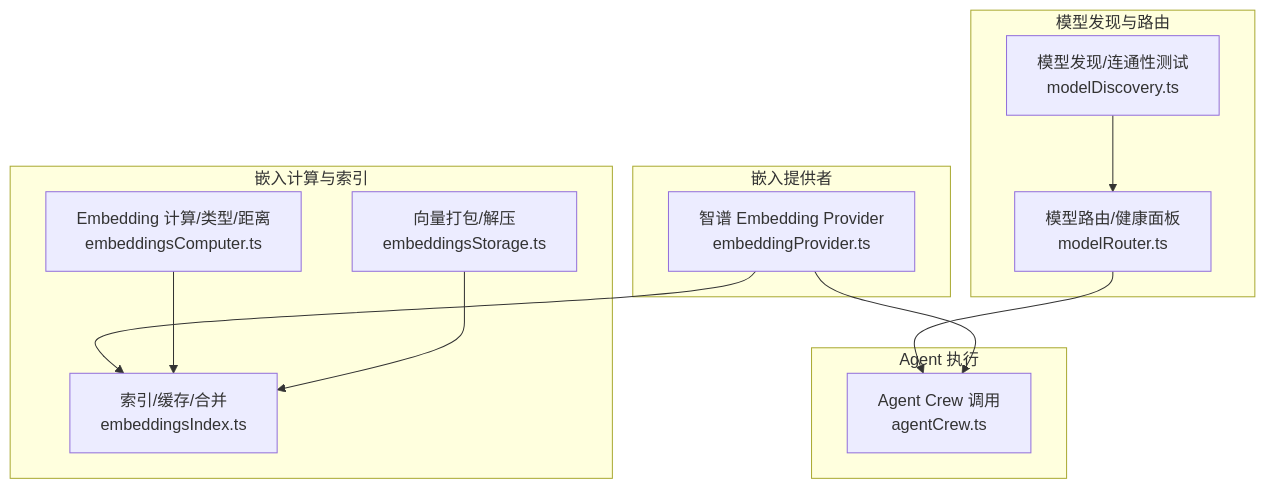
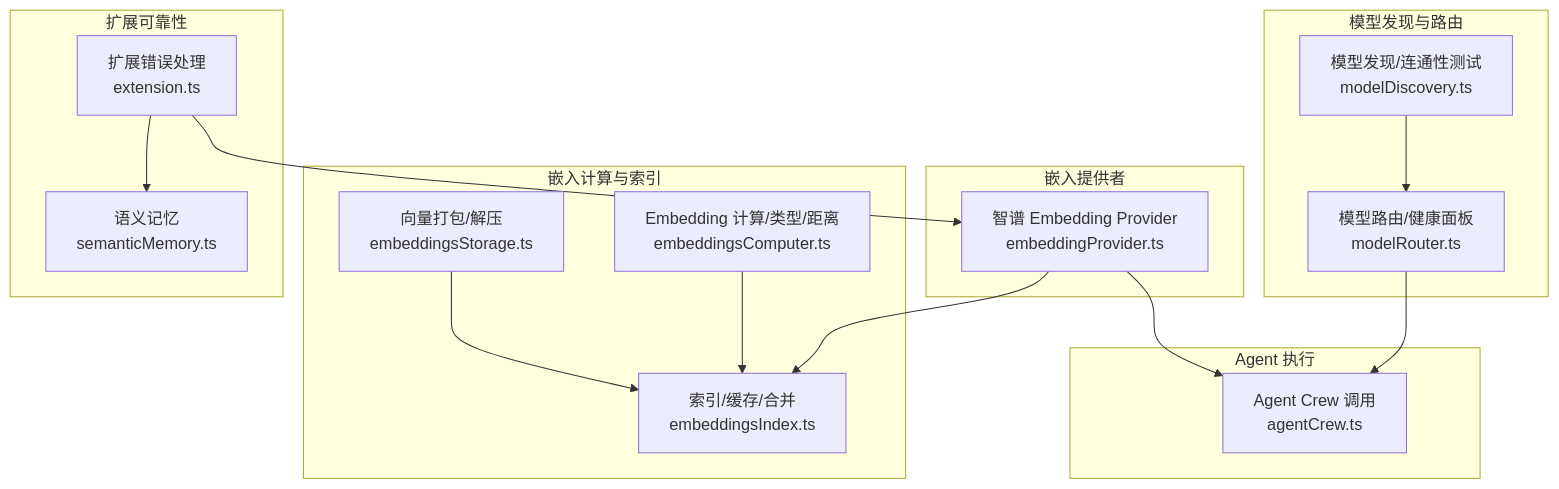
The first of 10 diagrams in .qoder/repowiki/zh/content/架构设计/代码库智能架构/嵌入模型系统.md (sofate798/KodrixCode), drawn with Mermaid before and after one commit. The commit also changed other lines of this file and 12 other files, not shown here.

````diff
--- a/.qoder/repowiki/zh/content/架构设计/代码库智能架构/嵌入模型系统.md
+++ b/.qoder/repowiki/zh/content/架构设计/代码库智能架构/嵌入模型系统.md
@@ -37,24 +49,30 @@
 ```mermaid
 graph TB
 subgraph "嵌入提供者"
 EP["智谱 Embedding Provider<br/>embeddingProvider.ts"]
 end
 subgraph "嵌入计算与索引"
 EC["Embedding 计算/类型/距离<br/>embeddingsComputer.ts"]
 ES["向量打包/解压<br/>embeddingsStorage.ts"]
 EI["索引/缓存/合并<br/>embeddingsIndex.ts"]
 end
 subgraph "模型发现与路由"
 MD["模型发现/连通性测试<br/>modelDiscovery.ts"]
 MR["模型路由/健康面板<br/>modelRouter.ts"]
 end
 subgraph "Agent 执行"
 AC["Agent Crew 调用<br/>agentCrew.ts"]
 end
+subgraph "扩展可靠性"
+ER["扩展错误处理<br/>extension.ts"]
+SM["语义记忆<br/>semanticMemory.ts"]
+end
 EP --> EI
 EC --> EI
 ES --> EI
 MD --> MR
 MR --> AC
 EP --> AC
+ER --> EP
+ER --> SM
 ```
````
